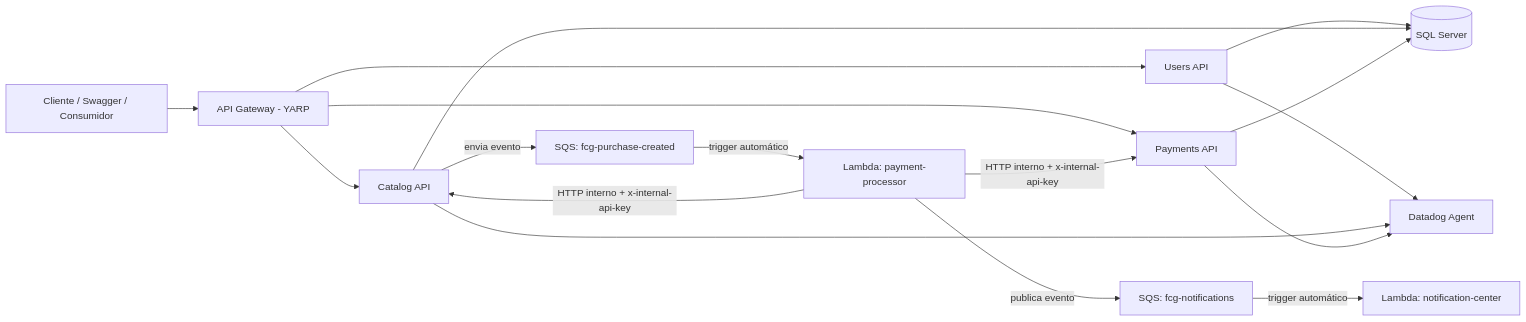
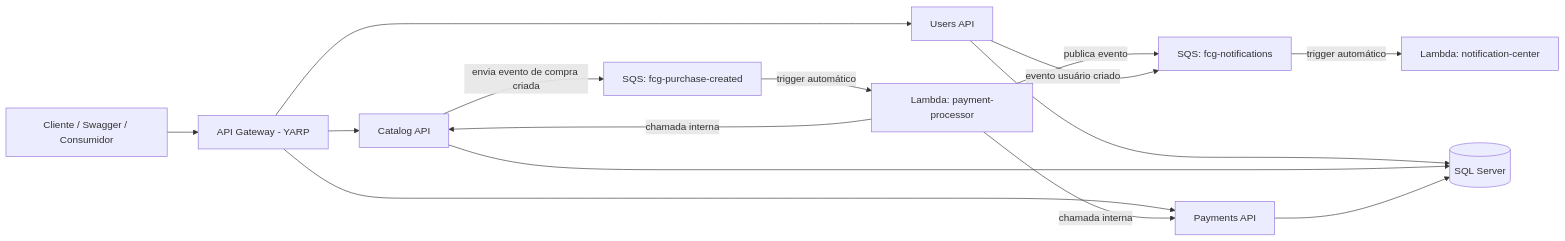
One commit to mlrneves/FCG-fase3 changed the diagram in README.md. Above: the diagram before and after it, drawn with Mermaid.

Commit message:
Ajuste README principal

````diff
--- a/README.md
+++ b/README.md
@@ -146,24 +146,27 @@
 ```mermaid
 flowchart LR
     Client[Cliente / Swagger / Consumidor] --> Gateway[API Gateway - YARP]
+
     Gateway --> Users[Users API]
     Gateway --> Catalog[Catalog API]
     Gateway --> Payments[Payments API]
 
-    Catalog -->|envia evento| SQS1[SQS: fcg-purchase-created]
+    %% Fluxo de compra
+    Catalog -->|envia evento de compra criada| SQS1[SQS: fcg-purchase-created]
     SQS1 -->|trigger automático| LambdaPay[Lambda: payment-processor]
 
-    LambdaPay -->|HTTP interno + x-internal-api-key| Payments
-    LambdaPay -->|HTTP interno + x-internal-api-key| Catalog
+    LambdaPay -->|chamada interna| Payments
+    LambdaPay -->|chamada interna| Catalog
+    LambdaPay -->|publica evento| SQS2[SQS: fcg-notifications]
 
-    LambdaPay -->|publica evento| SQS2[SQS: fcg-notifications]
+    %% Fluxo de usuário criado (corrigido)
+    Users -->|evento usuário criado| SQS2
+
+    %% Processamento de notificações
     SQS2 -->|trigger automático| LambdaNotif[Lambda: notification-center]
 
+    %% Persistência
     Users --> SQL[(SQL Server)]
     Catalog --> SQL
     Payments --> SQL
-
-    Users --> DD[Datadog Agent]
-    Catalog --> DD
-    Payments --> DD
 ```
````
